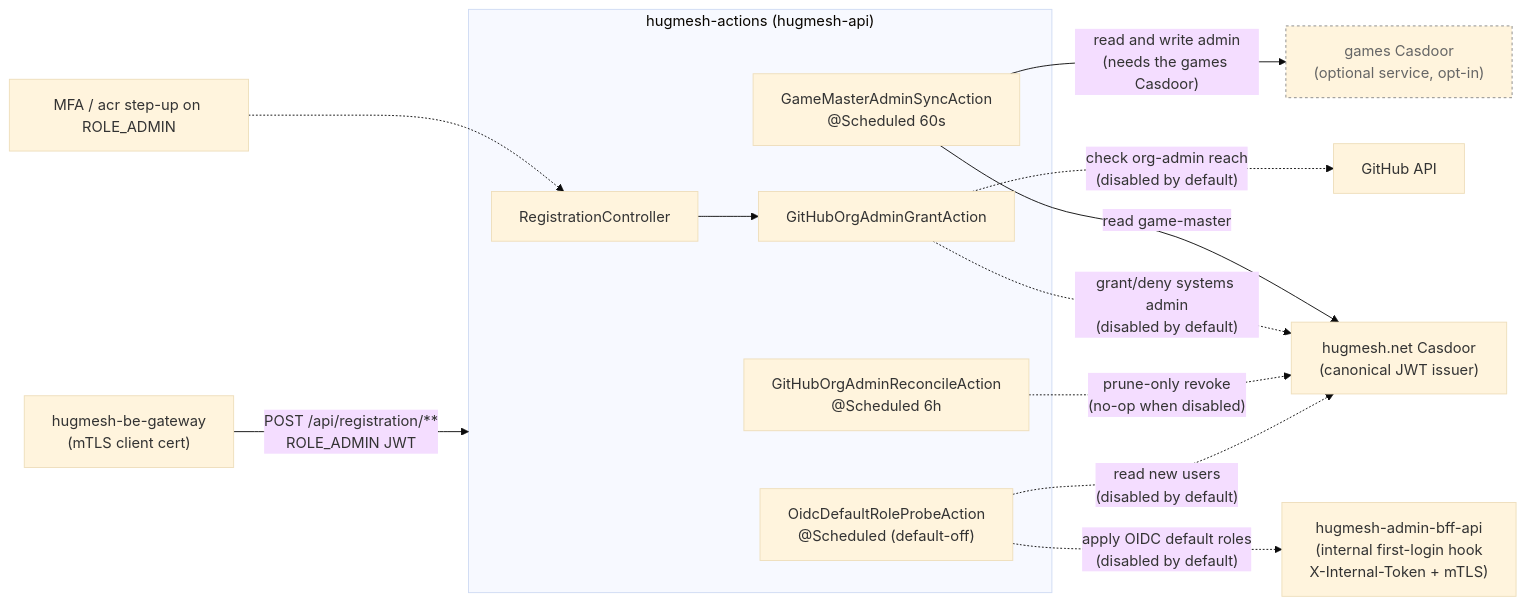
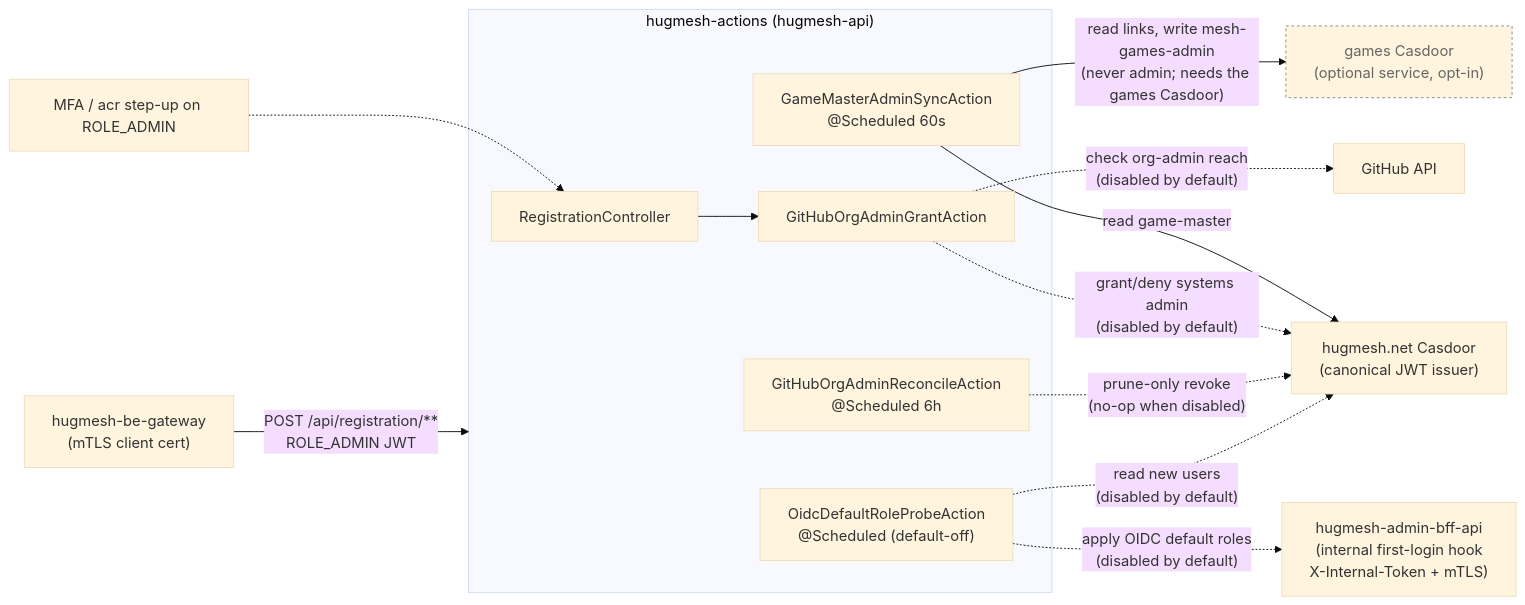
One commit to hugmesh/hugmesh-actions changed the first of 2 diagrams in README.md. Above: the diagram before and after it, drawn with Mermaid (base theme). The commit also changed other lines of this file and 18 other files, not shown here.

````diff
--- a/README.md
+++ b/README.md
@@ -28,32 +30,32 @@
 ```mermaid
 flowchart LR
     GW["hugmesh-be-gateway<br/>(mTLS client cert)"] -->|"POST /api/registration/**<br/>ROLE_ADMIN JWT"| API
 
     subgraph API["hugmesh-actions (hugmesh-api)"]
         RC["RegistrationController"]
         GM["GameMasterAdminSyncAction<br/>@Scheduled 60s"]
         REV["GitHubOrgAdminReconcileAction<br/>@Scheduled 6h"]
         GHA["GitHubOrgAdminGrantAction"]
         OIDC["OidcDefaultRoleProbeAction<br/>@Scheduled (default-off)"]
         RC --> GHA
     end
 
     SC["hugmesh.net Casdoor<br/>(canonical JWT issuer)"]
     GC["games Casdoor<br/>(optional service, opt-in)"]:::optional
     GH["GitHub API"]
     BFF["hugmesh-admin-bff-api<br/>(internal first-login hook<br/>X-Internal-Token + mTLS)"]
 
     GM -->|"read game-master"| SC
-    GM -->|"read and write admin<br/>(needs the games Casdoor)"| GC
+    GM -->|"read links, write mesh-games-admin<br/>(never admin; needs the games Casdoor)"| GC
     GHA -.->|"grant/deny systems admin<br/>(disabled by default)"| SC
     GHA -.->|"check org-admin reach<br/>(disabled by default)"| GH
     REV -.->|"prune-only revoke<br/>(no-op when disabled)"| SC
     OIDC -.->|"read new users<br/>(disabled by default)"| SC
     OIDC -.->|"apply OIDC default roles<br/>(disabled by default)"| BFF
 
     MFA["MFA / acr step-up on ROLE_ADMIN"]
     MFA -.-> RC
 
     classDef planned stroke-dasharray:4 5,stroke:#999,color:#999
     classDef optional stroke-dasharray:3 3,stroke:#888,color:#666
 ```
````
